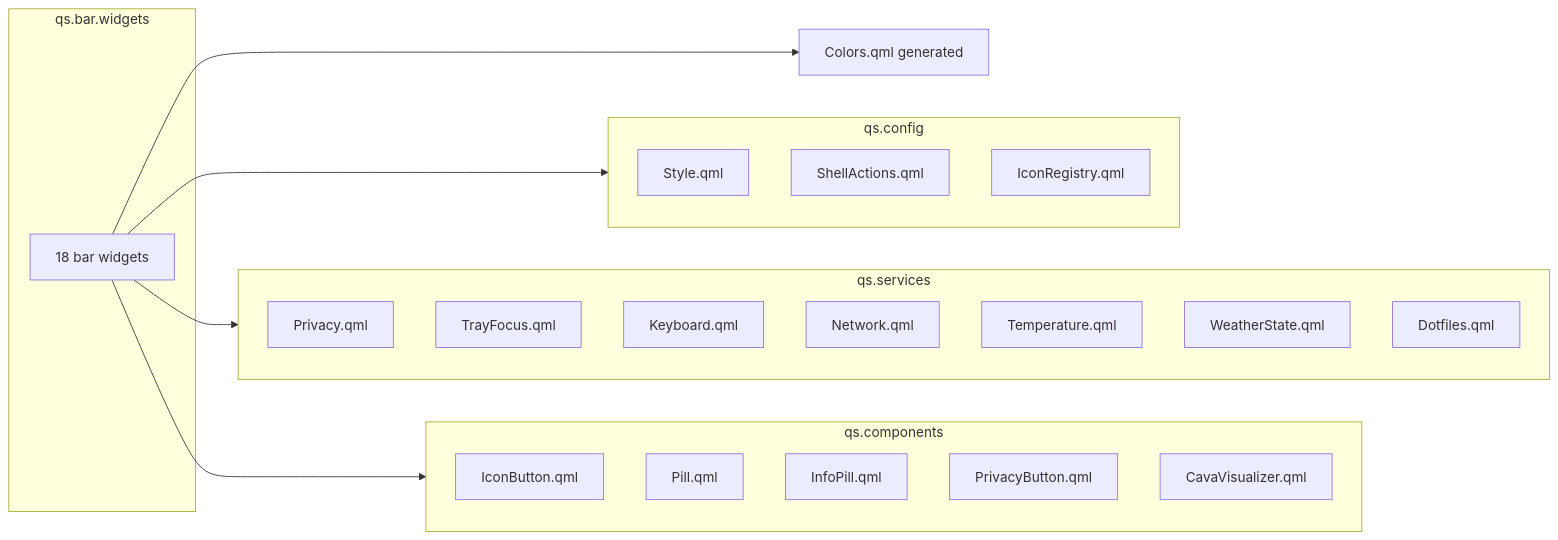
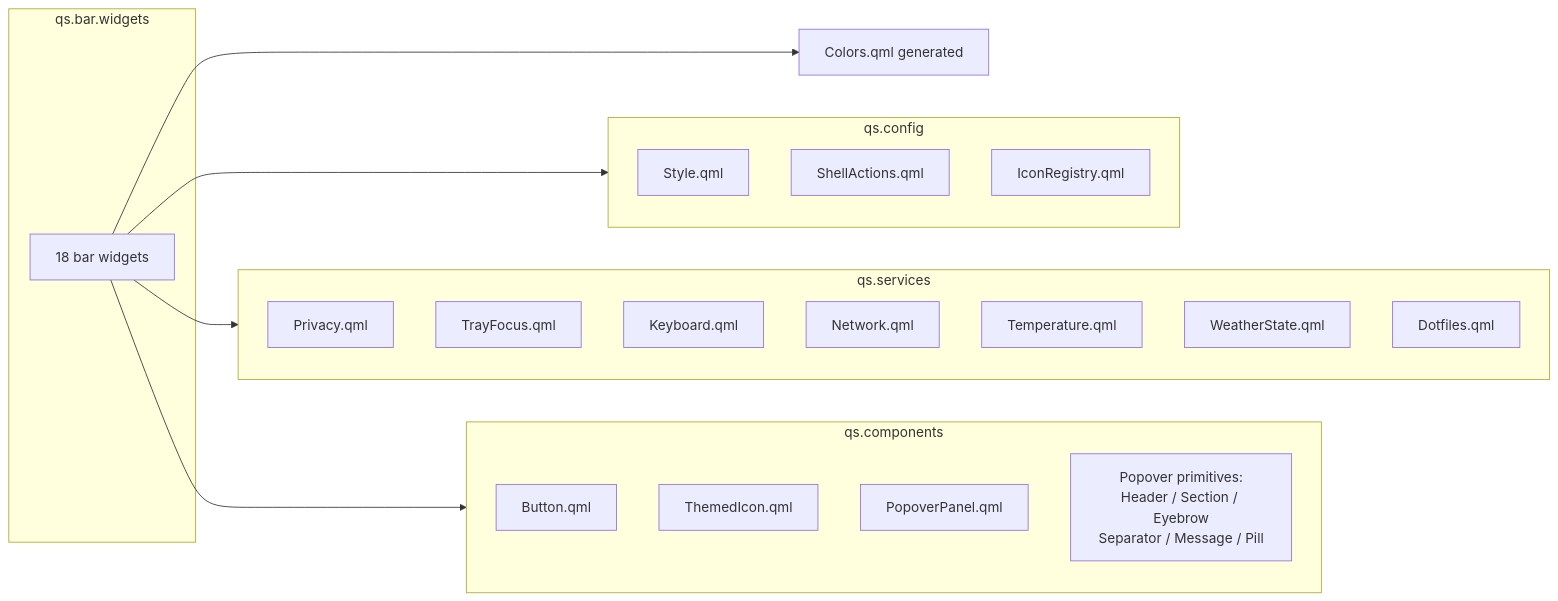
One commit to Genoux/dotfiles changed the second of 4 diagrams in stow/quickshell/.config/quickshell/OVERVIEW.md. Above: the diagram before and after it, drawn with Mermaid. The commit also changed other lines of this file and 19 other files, not shown here.

````diff
--- a/stow/quickshell/.config/quickshell/OVERVIEW.md
+++ b/stow/quickshell/.config/quickshell/OVERVIEW.md
@@ -147,33 +147,32 @@
 ```mermaid
 graph LR
     subgraph qs.config
         Style[Style.qml]
         ShellActions[ShellActions.qml]
         IconRegistry[IconRegistry.qml]
     end
 
     subgraph qs.services
         Privacy[Privacy.qml]
         TrayFocus[TrayFocus.qml]
         Keyboard[Keyboard.qml]
         Network[Network.qml]
         Temperature[Temperature.qml]
         WeatherState[WeatherState.qml]
         Dotfiles[Dotfiles.qml]
     end
 
     subgraph qs.components
-        IconButton[IconButton.qml]
-        Pill[Pill.qml]
-        InfoPill[InfoPill.qml]
-        PrivacyButton[PrivacyButton.qml]
-        CavaVisualizer[CavaVisualizer.qml]
+        Button[Button.qml]
+        ThemedIcon[ThemedIcon.qml]
+        PopoverPanel[PopoverPanel.qml]
+        Primitives[Popover primitives:<br/>Header / Section / Eyebrow<br/>Separator / Message / Pill]
     end
 
     subgraph qs.bar.widgets
         W18[18 bar widgets]
     end
 
     W18 --> qs.config & qs.services & qs.components
     W18 --> Colors[Colors.qml generated]
 ```
````
